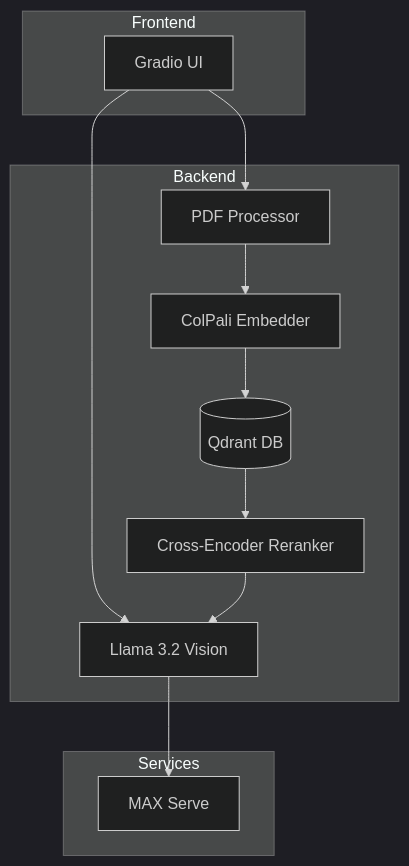
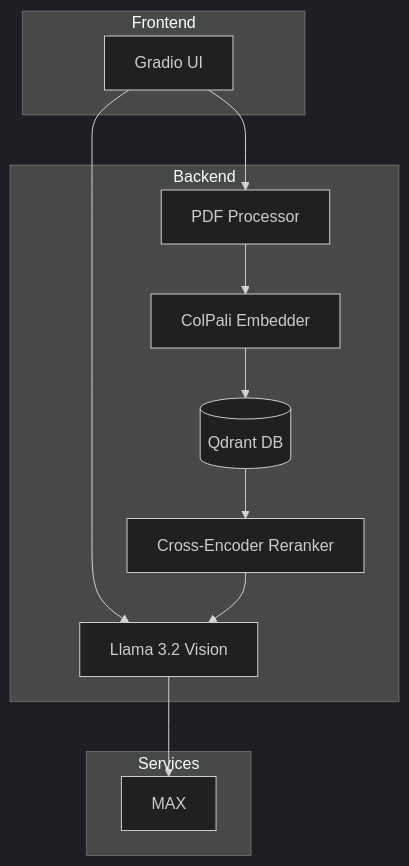
Before and after one commit to modular/max-agentic-cookbook: the first of 2 diagrams in multimodal-rag-with-colpali-llamavision-reranker/README.md, drawn with Mermaid (dark theme). The commit also changed other lines of this file and 7 other files, not shown here.

````diff
--- a/multimodal-rag-with-colpali-llamavision-reranker/README.md
+++ b/multimodal-rag-with-colpali-llamavision-reranker/README.md
@@ -100,26 +94,26 @@
 ```mermaid
 graph TB
     subgraph Frontend
         UI[Gradio UI]
     end
 
     subgraph Backend
         PDF[PDF Processor]
         ColPali[ColPali Embedder]
         Qdrant[(Qdrant DB)]
         Reranker[Cross-Encoder Reranker]
         LLamaVision[Llama 3.2 Vision]
     end
 
     subgraph Services
-        MAX[MAX Serve]
+        MAX[MAX]
     end
 
     UI --> PDF
     PDF --> ColPali
     ColPali --> Qdrant
     UI --> LLamaVision
     Qdrant --> Reranker
     Reranker --> LLamaVision
     LLamaVision --> MAX
 ```
````
